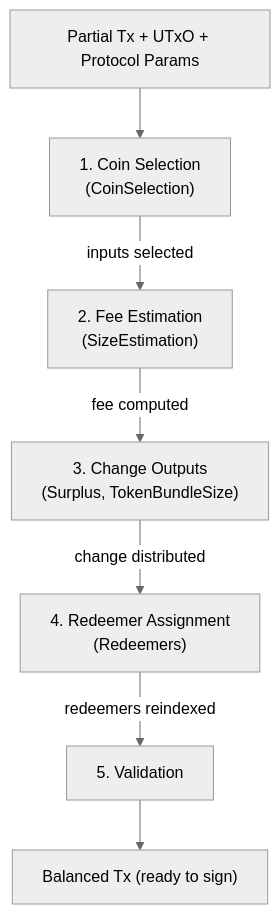
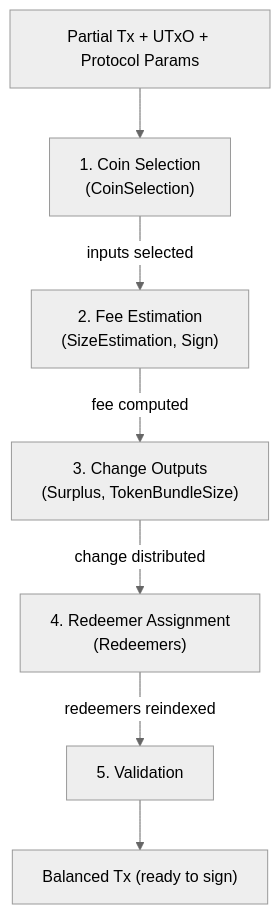
The first of 3 diagrams in docs/architecture.md (cardano-foundation/cardano-balance-transaction), drawn with Mermaid (neutral theme) before and after one commit. The commit also changed other lines of this file and 4 other files, not shown here.

First line of the commit message:
docs: correct era references and fix mermaid line breaks in docs site

````diff
--- a/docs/architecture.md
+++ b/docs/architecture.md
@@ -12,14 +12,14 @@
 ```mermaid
 flowchart TD
     A["Partial Tx + UTxO + Protocol Params"] --> B
-    B["1. Coin Selection\n(CoinSelection)"]
+    B["1. Coin Selection<br/>(CoinSelection)"]
     B -- "inputs selected" --> C
-    C["2. Fee Estimation\n(SizeEstimation)"]
+    C["2. Fee Estimation<br/>(SizeEstimation, Sign)"]
     C -- "fee computed" --> D
-    D["3. Change Outputs\n(Surplus, TokenBundleSize)"]
+    D["3. Change Outputs<br/>(Surplus, TokenBundleSize)"]
     D -- "change distributed" --> E
-    E["4. Redeemer Assignment\n(Redeemers)"]
+    E["4. Redeemer Assignment<br/>(Redeemers)"]
     E -- "redeemers reindexed" --> F
     F["5. Validation"]
     F --> G["Balanced Tx (ready to sign)"]
 ```
````
